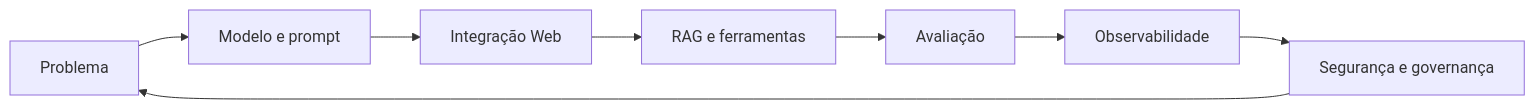
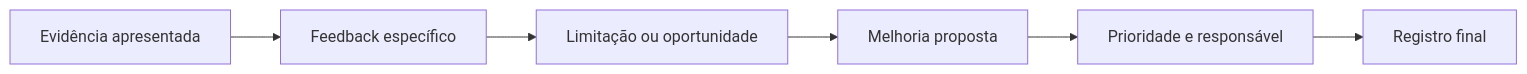
Before and after one commit to luciano-alexandre/topicos-avancados: the diagram in docs/encontros/encontro-39.md, drawn with Mermaid. The commit also changed other lines of this file and 7 other files, not shown here.

````diff
--- a/docs/encontros/encontro-39.md
+++ b/docs/encontros/encontro-39.md
@@ -25,10 +25,8 @@
 ```mermaid
 flowchart LR
-    P[Problema] --> M[Modelo e prompt]
-    M --> I[Integração Web]
-    I --> R[RAG e ferramentas]
-    R --> A[Avaliação]
-    A --> O[Observabilidade]
-    O --> S[Segurança e governança]
-    S --> P
+    A[Evidência apresentada] --> B[Feedback específico]
+    B --> C[Limitação ou oportunidade]
+    C --> D[Melhoria proposta]
+    D --> E[Prioridade e responsável]
+    E --> F[Registro final]
 ```
````
